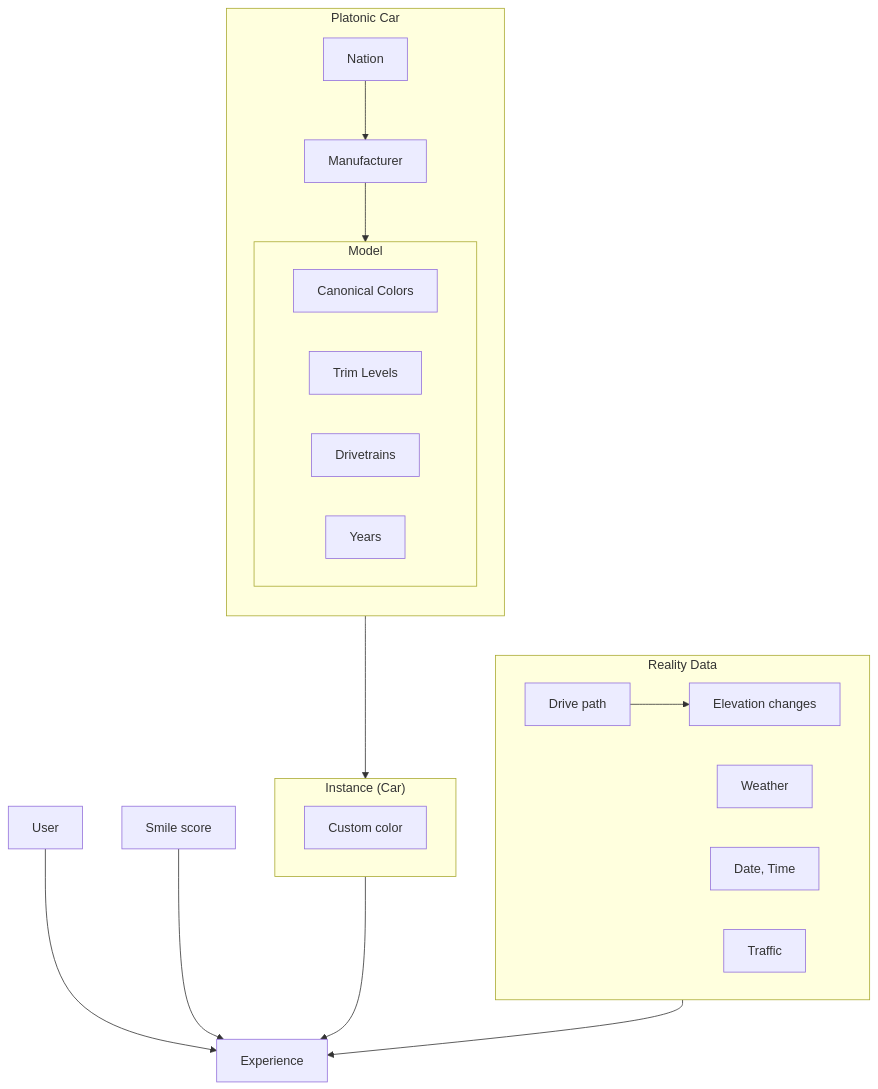
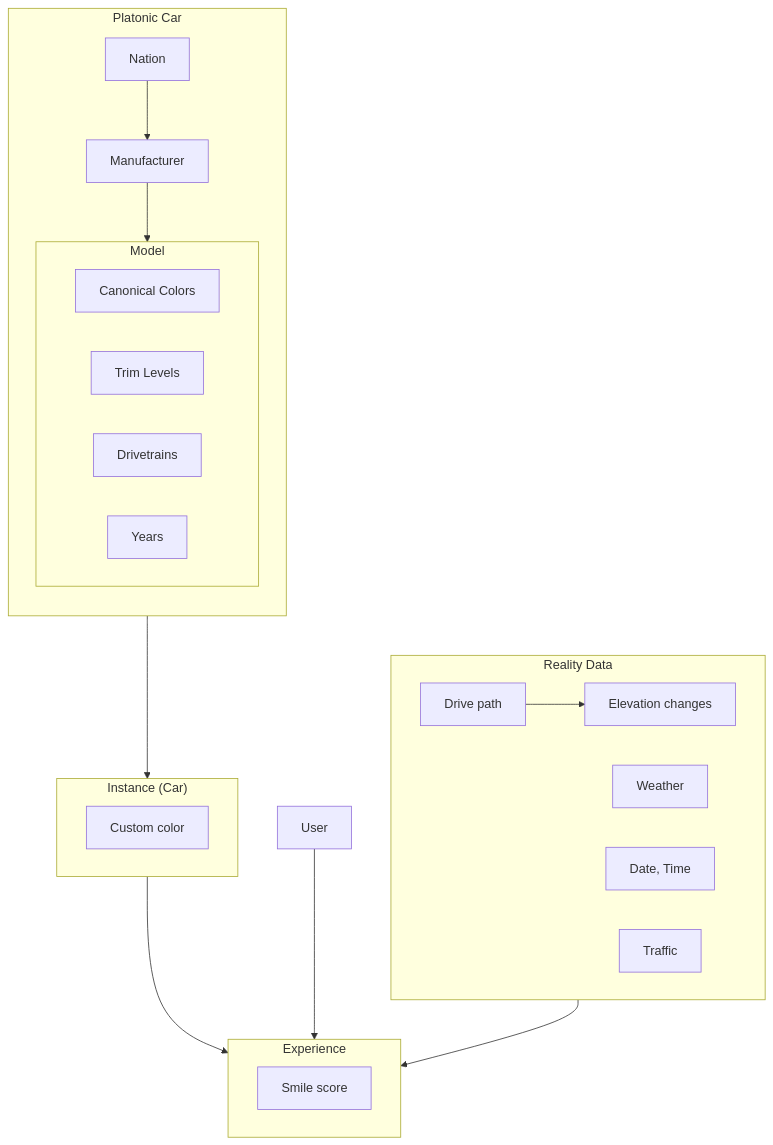
The diagram in docs/product.md (UUeird/dyno), drawn with Mermaid before and after one commit.

Commit message:
Turn Experience into a group containing Smile score

````diff
--- a/docs/product.md
+++ b/docs/product.md
@@ -7,28 +7,30 @@
 ```mermaid
 flowchart TD
     subgraph PlatonicCar["Platonic Car"]
         direction TD
         Nation --> Manufacturer --> Model
         subgraph Model["Model"]
             CanonicalColors["Canonical Colors"]
             Trim["Trim Levels"]
             Drivetrain["Drivetrains"]
             Year["Years"]
         end
     end
     subgraph Instance["Instance (Car)"]
         CustomColor["Custom color"]
     end
     PlatonicCar --> Instance
+    subgraph Experience["Experience"]
+        SmileScore["Smile score"]
+    end
     Instance --> Experience
     User --> Experience
-    SmileScore["Smile score"] --> Experience
 
     subgraph RealityData["Reality Data"]
         DrivePath["Drive path"] --> Elevation["Elevation changes"]
         Weather
         DateTime["Date, Time"]
         Traffic
     end
     RealityData --> Experience
 ```
````
